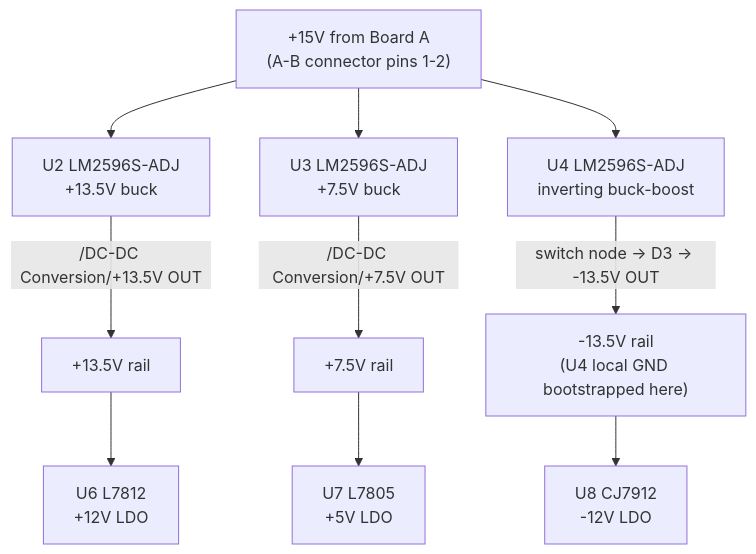
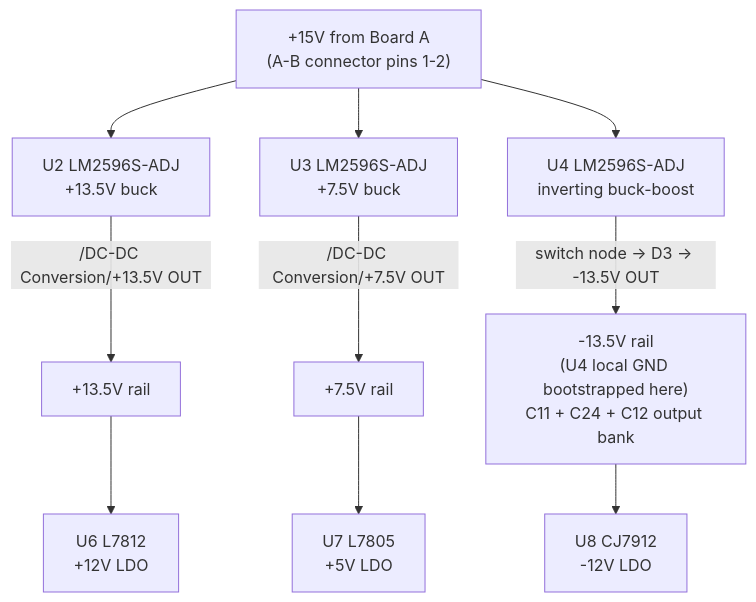
One commit to Takazudo/zudo-power-usb-pd changed the first of 2 diagrams in doc/src/content/docs/overview/board-b-synth-power.md. Above: the diagram before and after it, drawn with Mermaid. The commit also changed other lines of this file and 10 other files, not shown here.

````diff
--- a/doc/src/content/docs/overview/board-b-synth-power.md
+++ b/doc/src/content/docs/overview/board-b-synth-power.md
@@ -199,14 +199,14 @@
 ```mermaid
 flowchart TD
   IN["+15V from Board A\n(A-B connector pins 1-2)"] --> U2["U2 LM2596S-ADJ\n+13.5V buck"]
   IN --> U3["U3 LM2596S-ADJ\n+7.5V buck"]
   IN --> U4["U4 LM2596S-ADJ\ninverting buck-boost"]
 
   U2 -->|"/DC-DC Conversion/+13.5V OUT"| OUT135["+13.5V rail"]
   U3 -->|"/DC-DC Conversion/+7.5V OUT"| OUT75["+7.5V rail"]
-  U4 -->|"switch node -> D3 -> -13.5V OUT"| OUTN135["-13.5V rail\n(U4 local GND bootstrapped here)"]
+  U4 -->|"switch node -> D3 -> -13.5V OUT"| OUTN135["-13.5V rail\n(U4 local GND bootstrapped here)\nC11 + C24 + C12 output bank"]
 
   OUT135 --> U6["U6 L7812\n+12V LDO"]
   OUT75 --> U7["U7 L7805\n+5V LDO"]
   OUTN135 --> U8["U8 CJ7912\n-12V LDO"]
 ```
````
